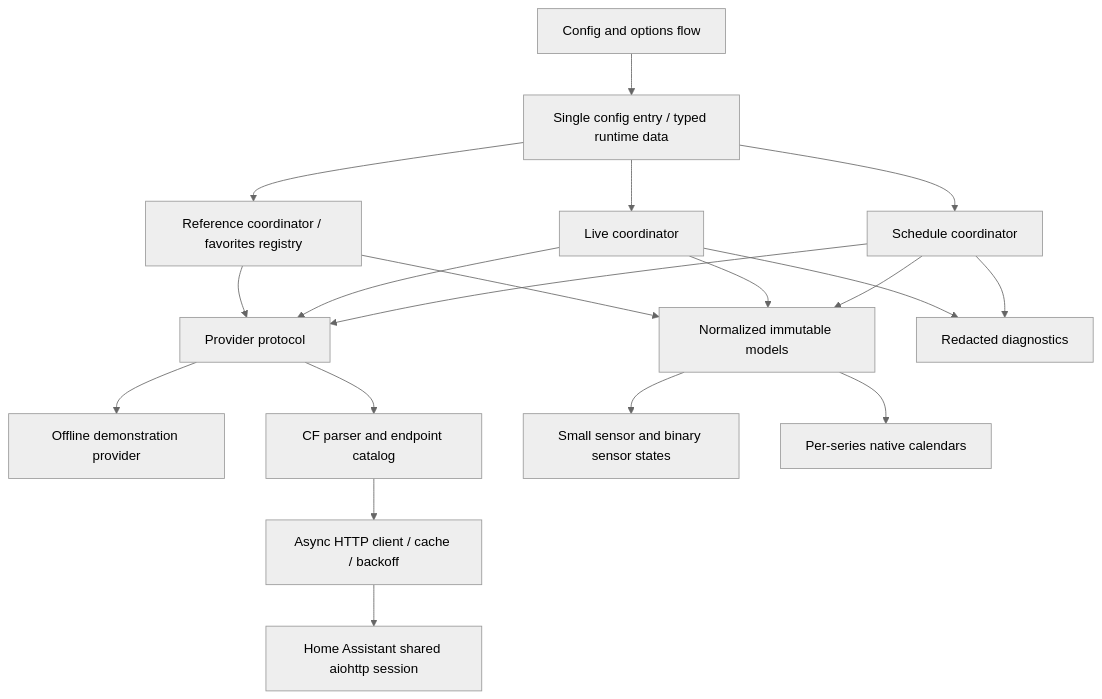
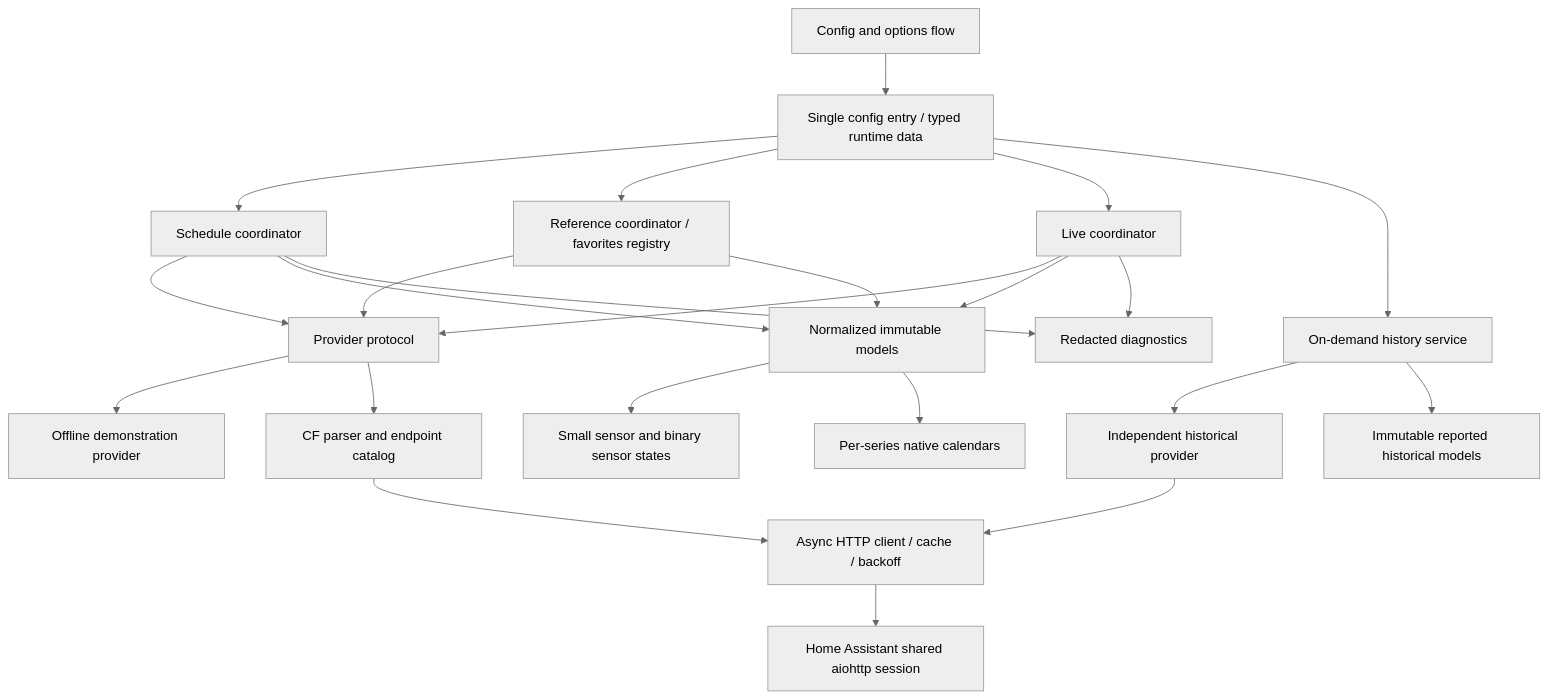
The diagram in ARCHITECTURE.md (rosslandgraf/ha-nascar-race-center), drawn with Mermaid (neutral theme) before and after one commit. The commit also changed other lines of this file and 23 other files, not shown here.

Commit message:
Phase 4A: add on-demand historical NASCAR data foundation (#9)

````diff
--- a/ARCHITECTURE.md
+++ b/ARCHITECTURE.md
@@ -13,21 +13,25 @@
 ```mermaid
 flowchart TD
     UI[Config and options flow] --> Entry[Single config entry / typed runtime data]
     Entry --> Schedule[Schedule coordinator]
     Entry --> Reference[Reference coordinator / favorites registry]
     Entry --> Live[Live coordinator]
+    Entry --> History[On-demand history service]
+    History --> HistoryProvider[Independent historical provider]
+    HistoryProvider --> HTTP
+    History --> HistoryModels[Immutable reported historical models]
     Schedule --> Provider[Provider protocol]
     Live --> Provider
     Reference --> Provider
     Provider --> Demo[Offline demonstration provider]
     Provider --> CF[CF parser and endpoint catalog]
     CF --> HTTP[Async HTTP client / cache / backoff]
     HTTP --> Session[Home Assistant shared aiohttp session]
     Schedule --> Models[Normalized immutable models]
     Live --> Models
     Models --> Entities[Small sensor and binary sensor states]
     Models --> Calendar[Per-series native calendars]
     Reference --> Models
     Schedule --> Diagnostics[Redacted diagnostics]
     Live --> Diagnostics
 ```
````
